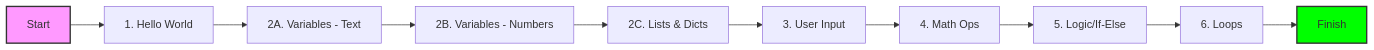
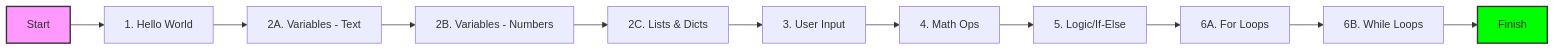
One commit to ForbSpace-Inc/bc01 changed the diagram in session1/sectional_codes/introduction.md. Above: the diagram before and after it, drawn with Mermaid. The commit also changed other lines of this file and 4 other files, not shown here.

````diff
--- a/session1/sectional_codes/introduction.md
+++ b/session1/sectional_codes/introduction.md
@@ -25,15 +25,16 @@
 ```mermaid
 graph LR
     A[Start] --> B[1. Hello World]
     B --> C1[2A. Variables - Text]
     C1 --> C2[2B. Variables - Numbers]
     C2 --> C3[2C. Lists & Dicts]
     C3 --> D[3. User Input]
     D --> E[4. Math Ops]
     E --> F[5. Logic/If-Else]
-    F --> G[6. Loops]
-    G --> H[Finish]
+    F --> G1[6A. For Loops]
+    G1 --> G2[6B. While Loops]
+    G2 --> H[Finish]
     
     style A fill:#f9f,stroke:#333,stroke-width:2px
     style H fill:#00ff00,stroke:#333,stroke-width:2px
 ```
````
